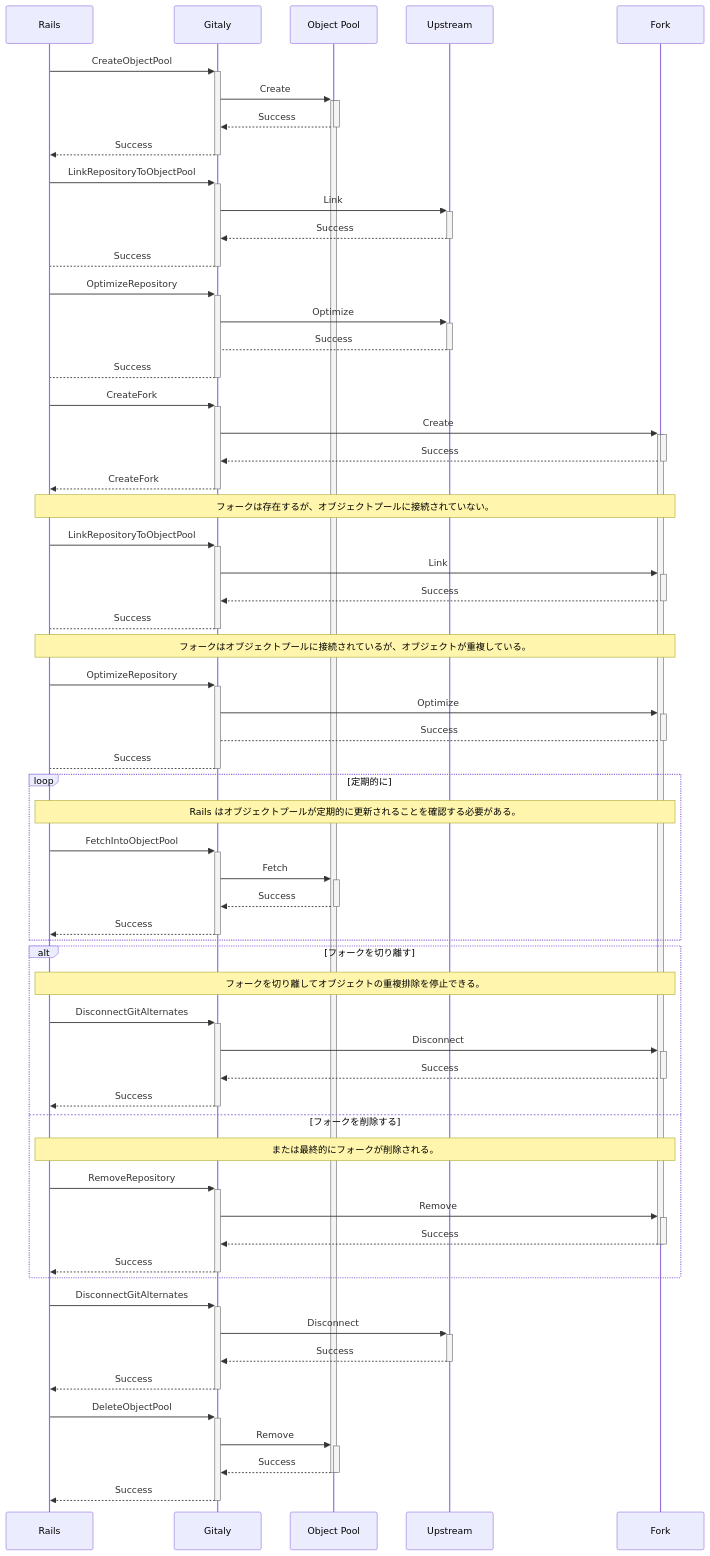
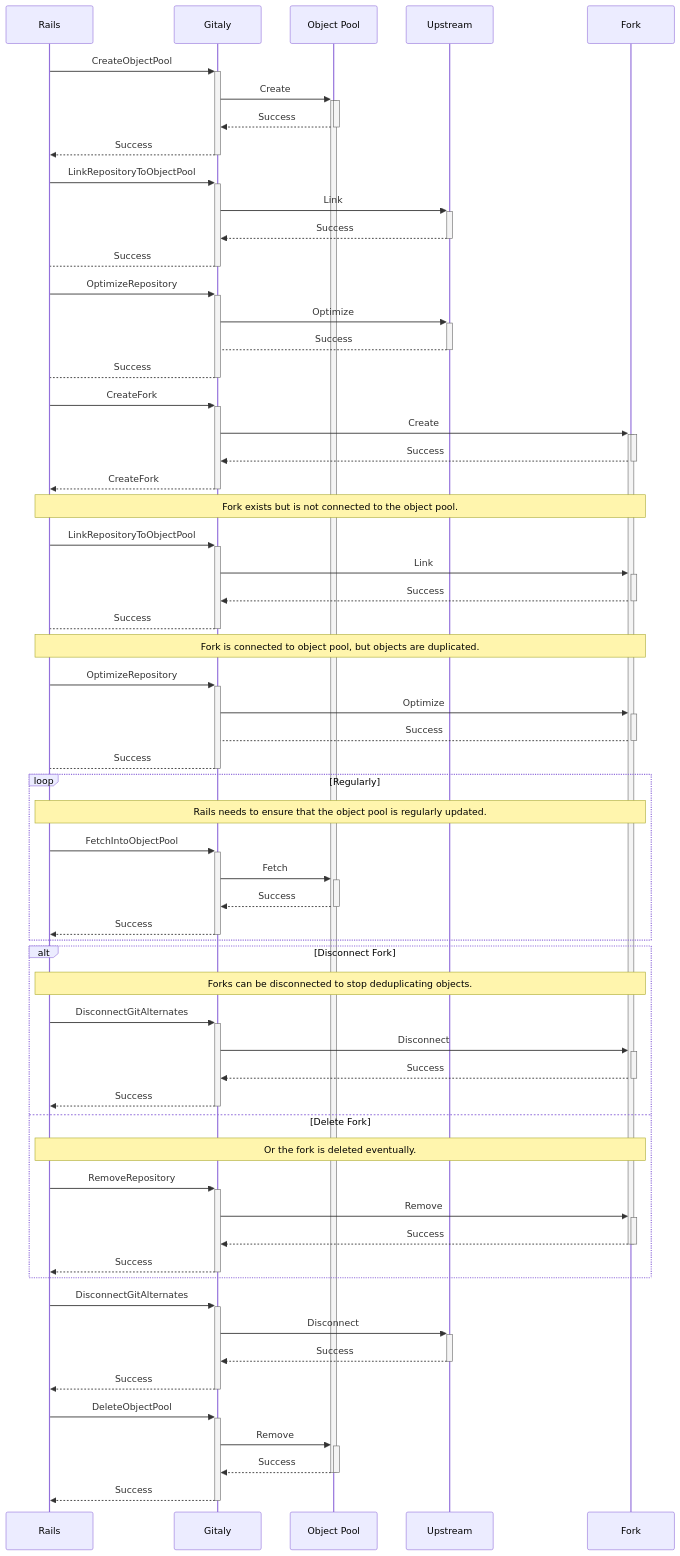
Before and after one commit to kyama0/gitlab-handbook-ja: the first of 2 diagrams in content/handbook/engineering/architecture/design-documents/object_pools/_index.md, drawn with Mermaid. The commit also changed other lines of this file and 114 other files, not shown here.

````diff
--- a/content/handbook/engineering/architecture/design-documents/object_pools/_index.md
+++ b/content/handbook/engineering/architecture/design-documents/object_pools/_index.md
@@ -227,75 +230,75 @@
 ```mermaid
 sequenceDiagram
     Rails->>+Gitaly: CreateObjectPool
     Gitaly->>+Object Pool: Create
     activate Object Pool
     Object Pool-->>-Gitaly: Success
     Gitaly-->>-Rails: Success
 
     Rails->>+Gitaly: LinkRepositoryToObjectPool
     Gitaly->>+Upstream: Link
     Upstream-->>-Gitaly: Success
     Gitaly-->-Rails: Success
 
     Rails->>+Gitaly: OptimizeRepository
     Gitaly->>+Upstream: Optimize
     Upstream-->-Gitaly: Success
     Gitaly-->-Rails: Success
 
     Rails->>+Gitaly: CreateFork
     Gitaly->>+Fork: Create
     activate Fork
     Fork-->>-Gitaly: Success
     Gitaly-->>-Rails: CreateFork
 
-    note over Rails, Fork: フォークは存在するが、オブジェクトプールに接続されていない。
+    note over Rails, Fork: Fork exists but is not connected to the object pool.
 
     Rails->>+Gitaly: LinkRepositoryToObjectPool
     Gitaly->>+Fork: Link
     Fork-->>-Gitaly: Success
     Gitaly-->-Rails: Success
 
-    note over Rails, Fork: フォークはオブジェクトプールに接続されているが、オブジェクトが重複している。
+    note over Rails, Fork: Fork is connected to object pool, but objects are duplicated.
 
     Rails->>+Gitaly: OptimizeRepository
     Gitaly->>+Fork: Optimize
     Fork-->-Gitaly: Success
     Gitaly-->-Rails: Success
 
-    loop 定期的に
-        note over Rails, Fork: Rails はオブジェクトプールが定期的に更新されることを確認する必要がある。
+    loop Regularly
+        note over Rails, Fork: Rails needs to ensure that the object pool is regularly updated.
 
         Rails->>+Gitaly: FetchIntoObjectPool
         Gitaly->>+Object Pool: Fetch
         Object Pool-->>-Gitaly: Success
         Gitaly-->>-Rails: Success
     end
 
-    alt フォークを切り離す
-        note over Rails, Fork: フォークを切り離してオブジェクトの重複排除を停止できる。
+    alt Disconnect Fork
+        note over Rails, Fork: Forks can be disconnected to stop deduplicating objects.
 
         Rails->>+Gitaly: DisconnectGitAlternates
         Gitaly->>+Fork: Disconnect
         Fork-->>-Gitaly: Success
         Gitaly-->>-Rails: Success
-    else フォークを削除する
-        note over Rails, Fork: または最終的にフォークが削除される。
+    else Delete Fork
+        note over Rails, Fork: Or the fork is deleted eventually.
 
         Rails->>+Gitaly: RemoveRepository
         Gitaly->>+Fork: Remove
         Fork-->>-Gitaly: Success
         deactivate Fork
         Gitaly-->>-Rails: Success
     end
 
     Rails->>+Gitaly: DisconnectGitAlternates
     Gitaly->>+Upstream: Disconnect
     Upstream-->>-Gitaly: Success
     Gitaly-->>-Rails: Success
 
     Rails->>+Gitaly: DeleteObjectPool
     Gitaly->>+Object Pool: Remove
     Object Pool-->>-Gitaly: Success
     deactivate Object Pool
     Gitaly-->>-Rails: Success
 ```
````
